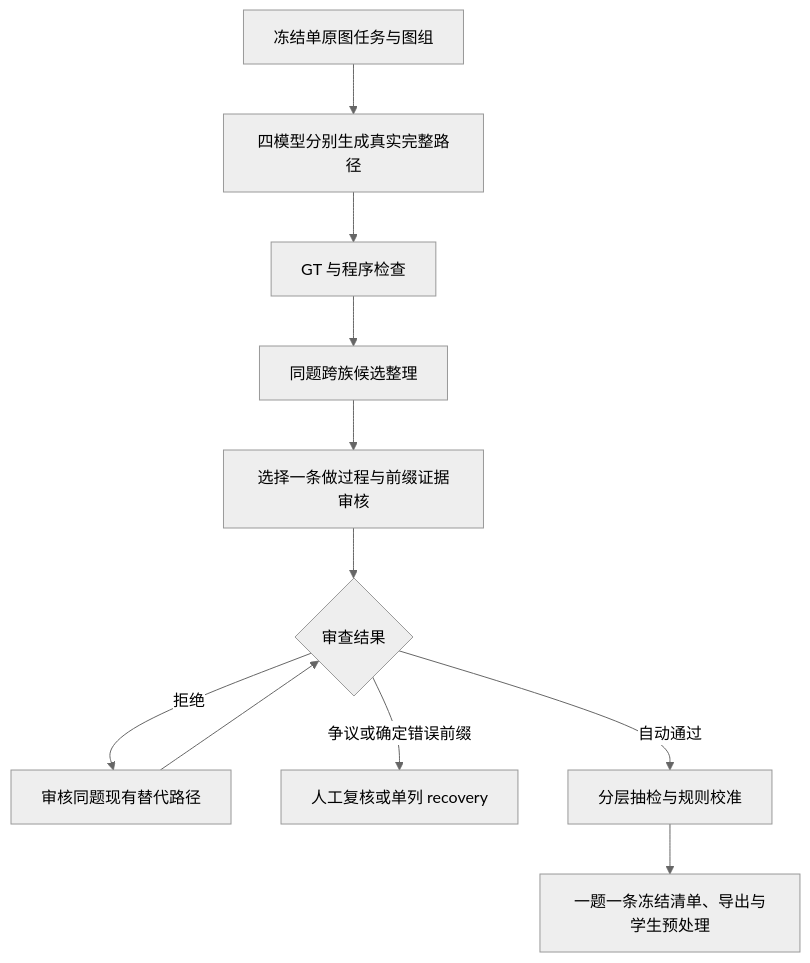
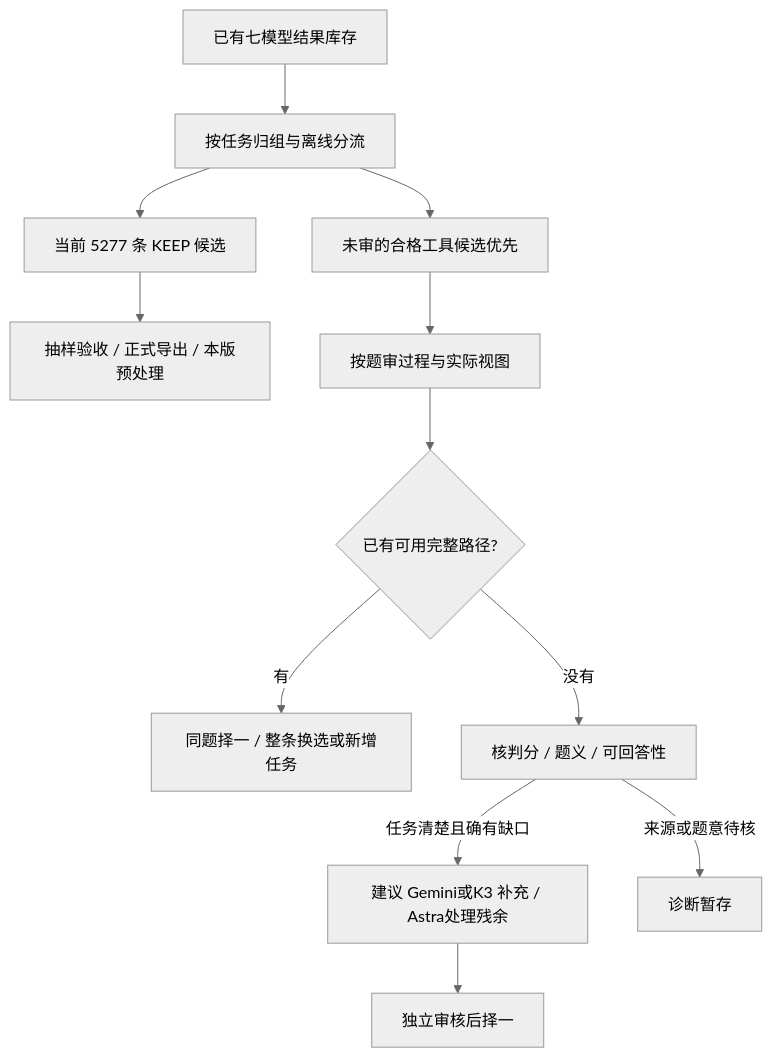
The diagram in README.md (CrepuscularIRIS/vlm-caption-trajectories), drawn with Mermaid (neutral theme) before and after one commit. The commit also changed other lines of this file and 9 other files, not shown here.

````diff
--- a/README.md
+++ b/README.md
@@ -42,13 +56,14 @@
 ```mermaid
 flowchart TD
-    A[冻结单原图任务与图组] --> B[四模型分别生成真实完整路径]
-    B --> C[GT 与程序检查]
-    C --> D[同题跨族候选整理]
-    D --> E[选择一条做过程与前缀证据审核]
-    E --> F{审查结果}
-    F -->|拒绝| G[审核同题现有替代路径]
-    G --> F
-    F -->|争议或确定错误前缀| H[人工复核或单列 recovery]
-    F -->|自动通过| I[分层抽检与规则校准]
-    I --> J[一题一条冻结清单、导出与学生预处理]
+    A[已有七模型结果库存] --> B[按任务归组与离线分流]
+    B --> C[当前 5277 条 KEEP 候选]
+    C --> D[抽样验收 / 正式导出 / 本版预处理]
+    B --> E[未审的合格工具候选优先]
+    E --> F[按题审过程与实际视图]
+    F --> G{已有可用完整路径?}
+    G -->|有| H[同题择一 / 整条换选或新增任务]
+    G -->|没有| I[核判分 / 题义 / 可回答性]
+    I -->|任务清楚且确有缺口| J[建议 Gemini或K3 补充 / Astra处理残余]
+    J --> K[独立审核后择一]
+    I -->|来源或题意待核| L[诊断暂存]
 ```
````
